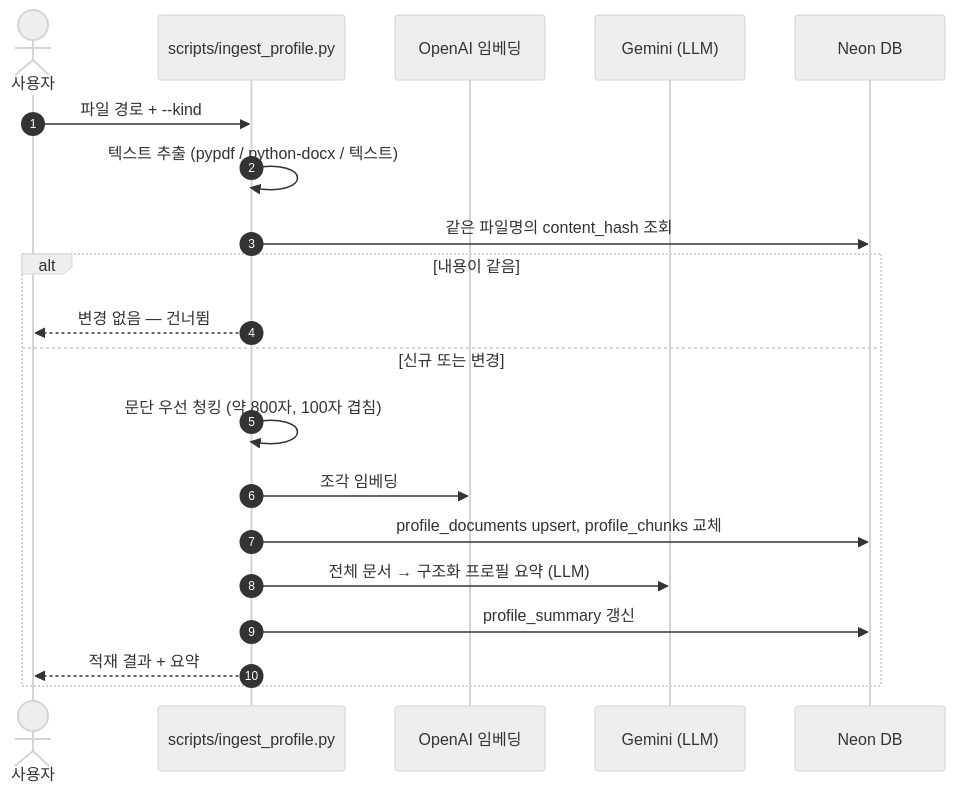
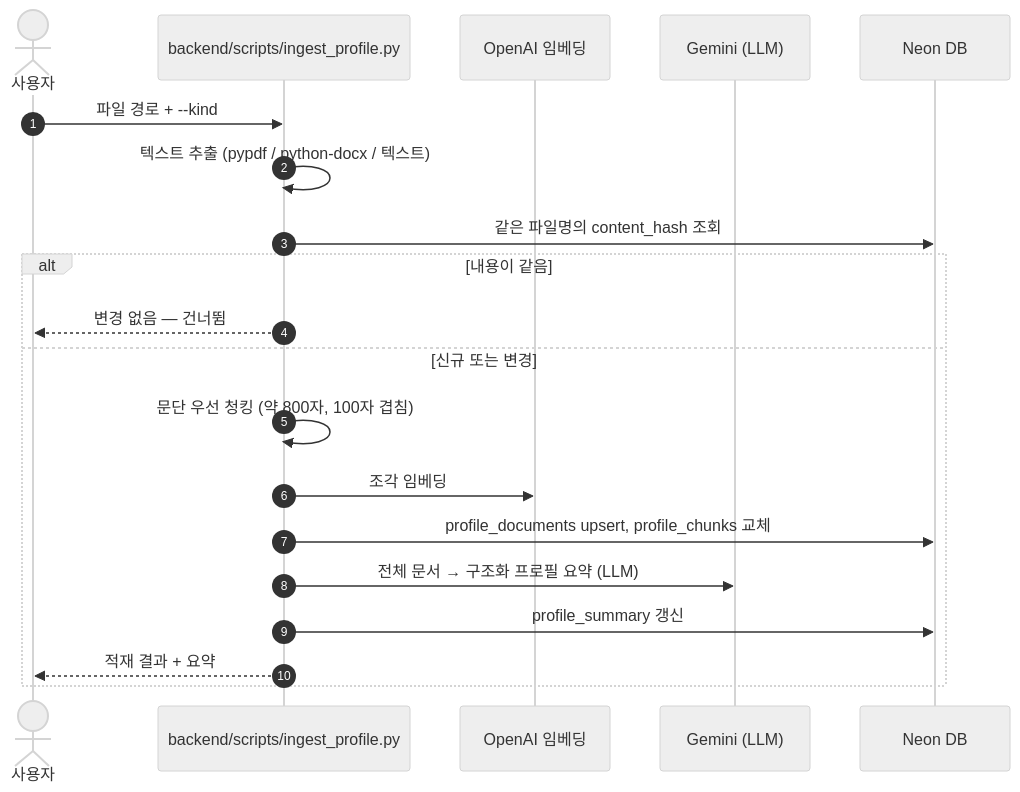
One commit to hymn-fly/recruit-posting-agent changed the fifth of 5 diagrams in README.md. Above: the diagram before and after it, drawn with Mermaid (neutral theme). The commit also changed other lines of this file and 38 other files, not shown here.

````diff
--- a/README.md
+++ b/README.md
@@ -227,23 +232,23 @@
 ```mermaid
 sequenceDiagram
     autonumber
     actor U as 사용자
-    participant S as scripts/ingest_profile.py
+    participant S as backend/scripts/ingest_profile.py
     participant EMB as OpenAI 임베딩
     participant GEM as Gemini (LLM)
     participant DB as Neon DB
 
     U->>S: 파일 경로 + --kind
     S->>S: 텍스트 추출 (pypdf / python-docx / 텍스트)
     S->>DB: 같은 파일명의 content_hash 조회
     alt 내용이 같음
         S-->>U: 변경 없음 — 건너뜀
     else 신규 또는 변경
         S->>S: 문단 우선 청킹 (약 800자, 100자 겹침)
         S->>EMB: 조각 임베딩
         S->>DB: profile_documents upsert, profile_chunks 교체
         S->>GEM: 전체 문서 → 구조화 프로필 요약 (LLM)
         S->>DB: profile_summary 갱신
         S-->>U: 적재 결과 + 요약
     end
 ```
````
